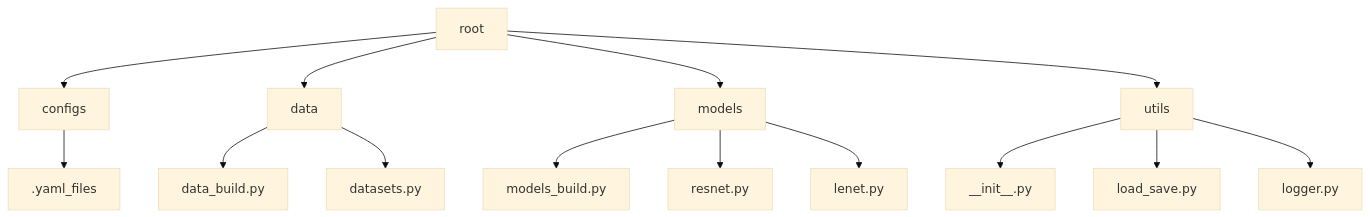
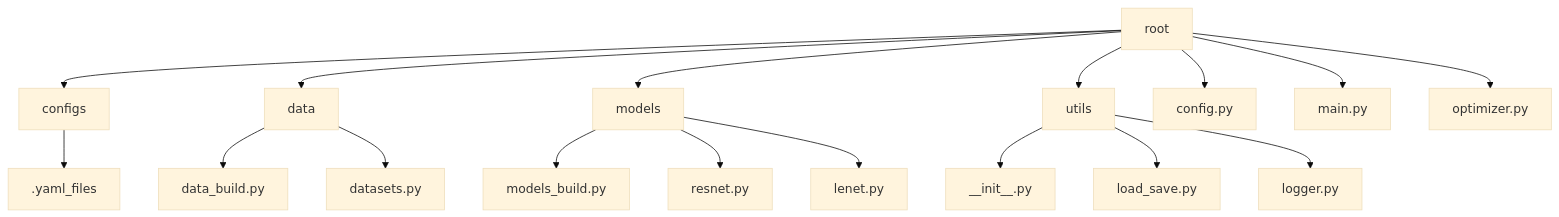
Before and after one commit to ss1237/NMEP_sp23_HW1: the second of 2 diagrams in WORKSHEET.md, drawn with Mermaid (base theme). The commit also changed other lines of this file, not shown here.

Commit message:
please last time diagram

````diff
--- a/WORKSHEET.md
+++ b/WORKSHEET.md
@@ -77,17 +79,19 @@
 ```mermaid
   graph TD;
       root-->configs;
       root-->data;
       root-->models;
       root-->utils;
+      root--> config.py;
+      root-->main.py;
+      root-->optimizer.py;
       configs-->.yaml_files;
       data-->data_build.py;
       data-->datasets.py;
       models-->models_build.py;
       models-->resnet.py;
       models-->lenet.py;
       utils-->__init__.py;
       utils-->load_save.py;
       utils-->logger.py;
-      
 ```
````
